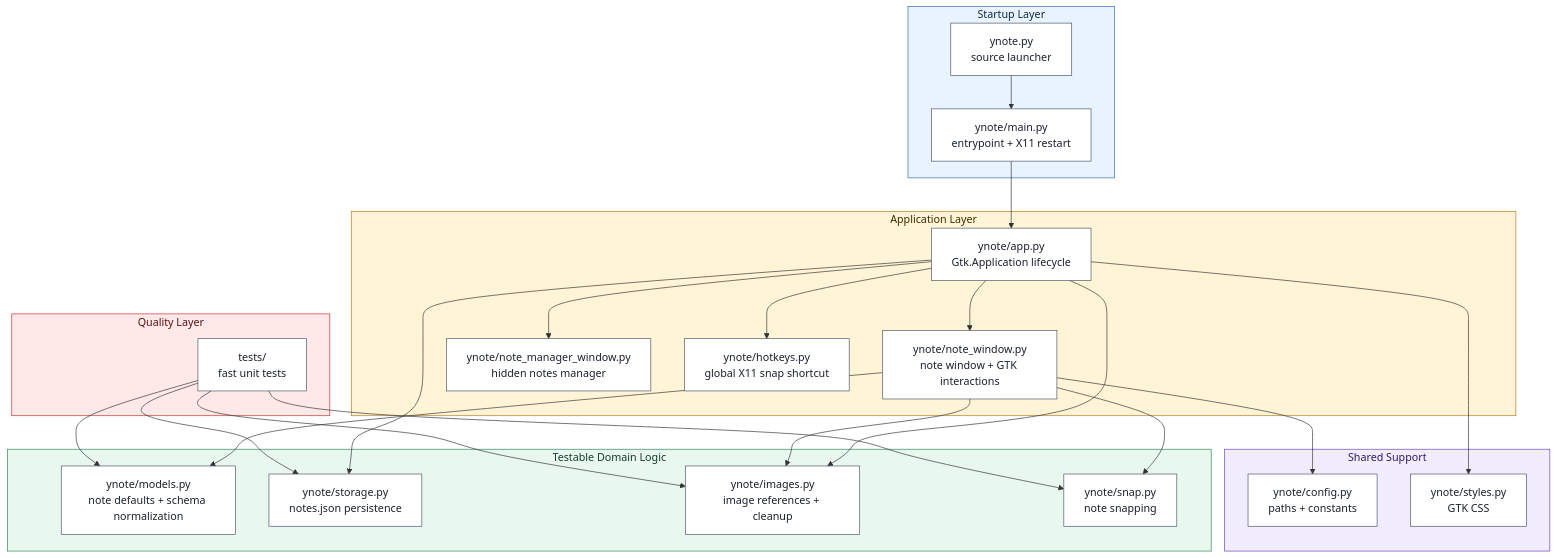
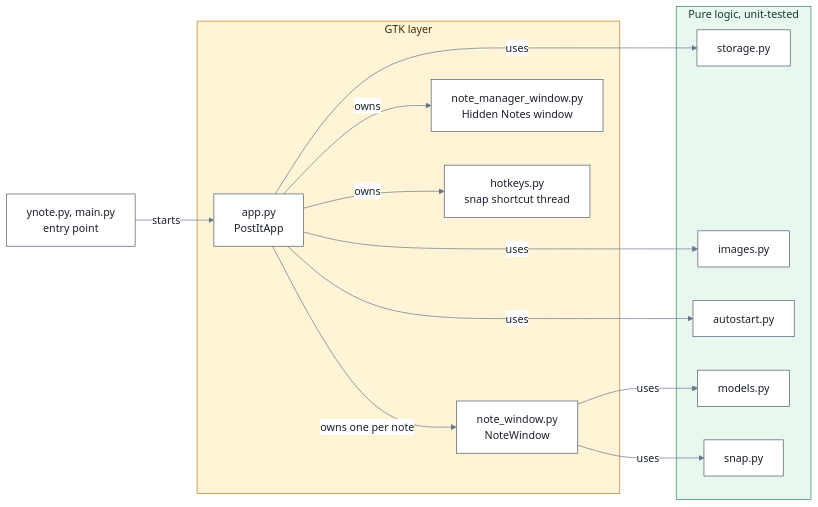
One commit to vacu9708/ynote changed the first of 2 diagrams in ARCHITECTURE.md. Above: the diagram before and after it, drawn with Mermaid. The commit also changed other lines of this file and 2 other files, not shown here.

First line of the commit message:
[docs] Rewrite ARCHITECTURE.md and trim repeated docs

````diff
--- a/ARCHITECTURE.md
+++ b/ARCHITECTURE.md
@@ -14,56 +13,35 @@
 ```mermaid
-flowchart TD
-    subgraph Startup["Startup Layer"]
-        Launcher["ynote.py<br/>source launcher"]
-        Main["ynote/main.py<br/>entrypoint + X11 restart"]
+%%{init: {'theme': 'base', 'themeVariables': {'primaryColor': '#FFFFFF', 'primaryTextColor': '#1A202C', 'primaryBorderColor': '#4A5568', 'lineColor': '#64748B', 'edgeLabelBackground': '#FFFFFF', 'titleColor': '#1A202C'}}}%%
+flowchart LR
+    Main["ynote.py, main.py<br/>entry point"]
+
+    subgraph GTK["GTK layer"]
+        App["app.py<br/>PostItApp"]
+        Window["note_window.py<br/>NoteWindow"]
+        Manager["note_manager_window.py<br/>Hidden Notes window"]
+        Hotkeys["hotkeys.py<br/>snap shortcut thread"]
     end
 
-    subgraph AppLayer["Application Layer"]
-        App["ynote/app.py<br/>Gtk.Application lifecycle"]
-        Window["ynote/note_window.py<br/>note window + GTK interactions"]
-        Manager["ynote/note_manager_window.py<br/>hidden notes manager"]
-        Hotkeys["ynote/hotkeys.py<br/>global X11 snap shortcut"]
+    subgraph Pure["Pure logic, unit-tested"]
+        Storage["storage.py"]
+        Images["images.py"]
+        Autostart["autostart.py"]
+        Models["models.py"]
+        Snap["snap.py"]
     end
 
-    subgraph Domain["Testable Domain Logic"]
-        Models["ynote/models.py<br/>note defaults + schema normalization"]
-        Storage["ynote/storage.py<br/>notes.json persistence"]
-        Images["ynote/images.py<br/>image references + cleanup"]
-        Snap["ynote/snap.py<br/>note snapping"]
-    end
+    Main -->|starts| App
+    App -->|owns one per note| Window
+    App -->|owns| Manager
+    App -->|owns| Hotkeys
+    App -->|uses| Storage
+    App -->|uses| Images
+    App -->|uses| Autostart
+    Window -->|uses| Models
+    Window -->|uses| Snap
 
-    subgraph Support["Shared Support"]
-        Config["ynote/config.py<br/>paths + constants"]
-        Styles["ynote/styles.py<br/>GTK CSS"]
-    end
-
-    subgraph TestLayer["Quality Layer"]
-        Tests["tests/<br/>fast unit tests"]
-    end
-
-    Launcher --> Main --> App
-    App --> Window
-    App --> Manager
-    App --> Hotkeys
-    App --> Storage
-    App --> Images
-    Window --> Models
-    Window --> Images
-    Window --> Snap
-    Window --> Config
-    App --> Styles
-    Tests --> Models
-    Tests --> Storage
-    Tests --> Images
-    Tests --> Snap
-
-    classDef module fill:#FFFFFF,stroke:#4A5568,stroke-width:1px,color:#1A202C
-
-    class Launcher,Main,App,Window,Manager,Hotkeys,Models,Storage,Images,Snap,Config,Styles,Tests module
-
-    style Startup fill:#E8F3FF,stroke:#2F6FAB,stroke-width:1px,color:#102A43
-    style AppLayer fill:#FFF4D6,stroke:#B7791F,stroke-width:1px,color:#3D2C00
-    style Domain fill:#E8F8EF,stroke:#2F855A,stroke-width:1px,color:#143C2B
-    style Support fill:#F2ECFF,stroke:#6B46C1,stroke-width:1px,color:#2D1B69
-    style TestLayer fill:#FFE8E8,stroke:#C53030,stroke-width:1px,color:#5A1111
+    classDef node fill:#FFFFFF,stroke:#4A5568,color:#1A202C
+    class Main,App,Window,Manager,Hotkeys,Storage,Images,Autostart,Models,Snap node
+    style GTK fill:#FFF4D6,stroke:#B7791F,color:#3D2C00
+    style Pure fill:#E8F8EF,stroke:#2F855A,color:#143C2B
 ```
````
